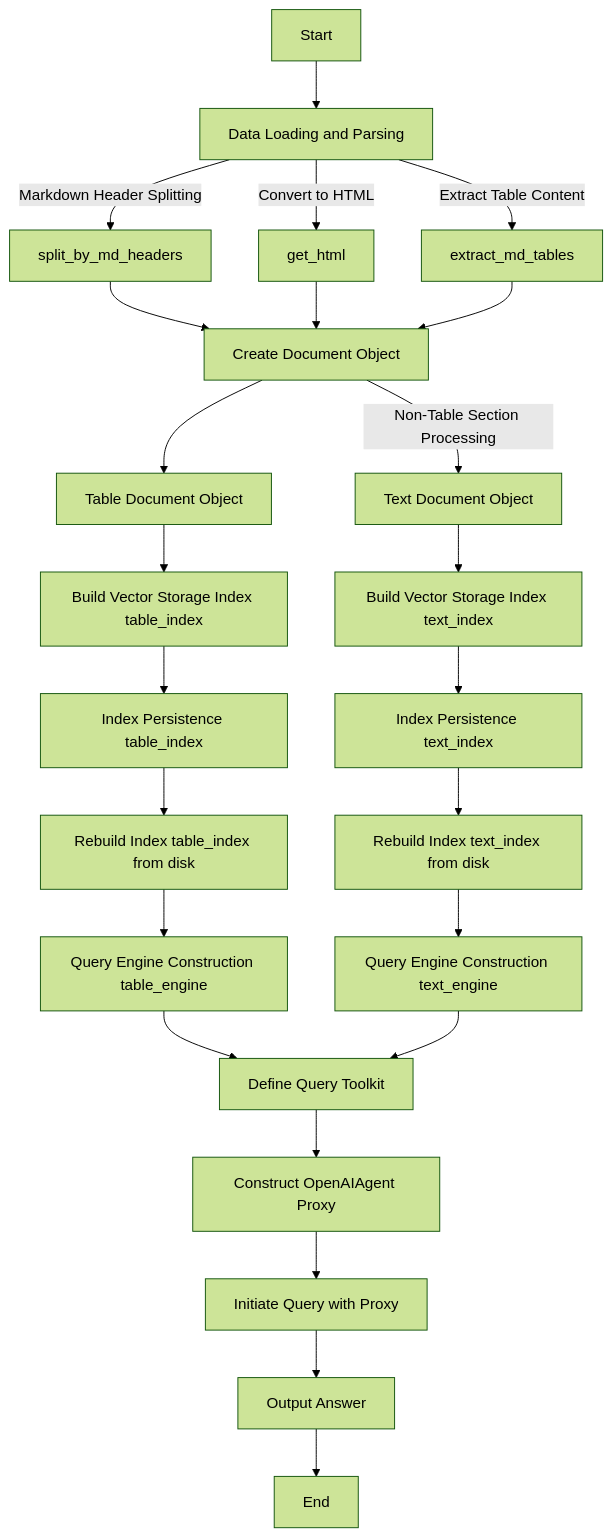
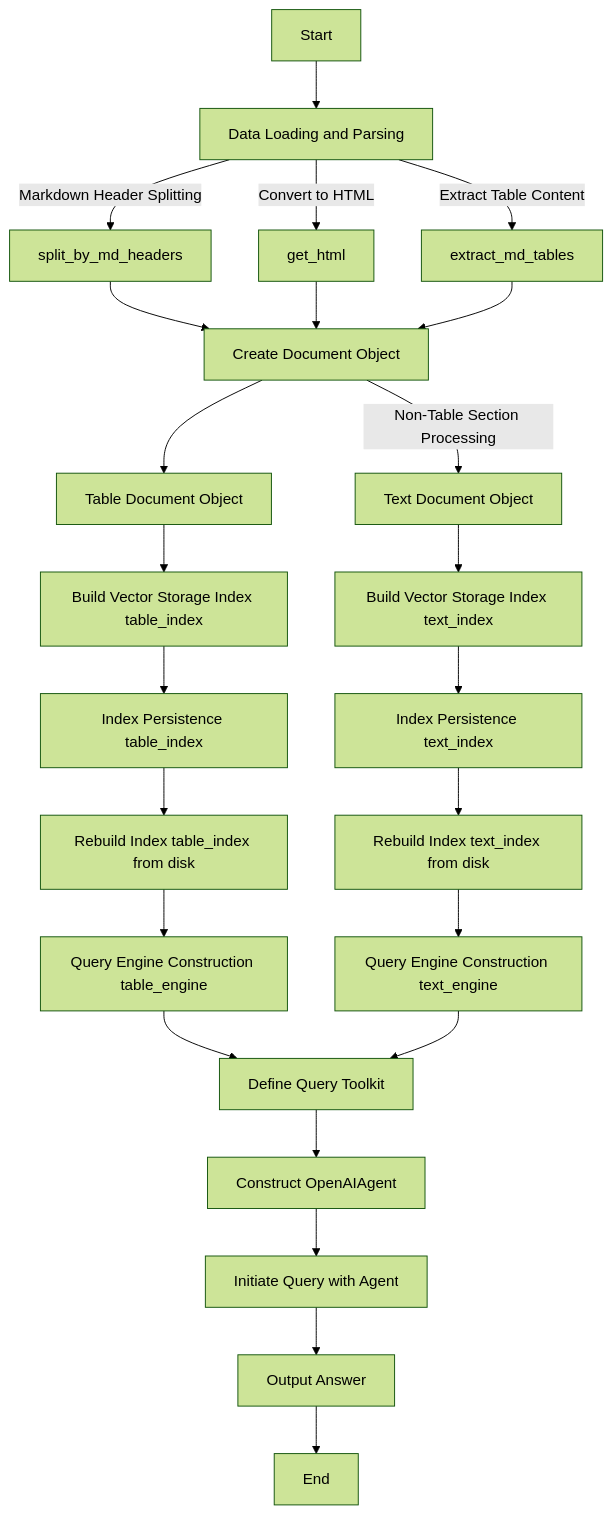
One commit to nn6n/llm-in-containers changed the first of 3 diagrams in rag-retrievers/README.md. Above: the diagram before and after it, drawn with Mermaid (forest theme). The commit also changed other lines of this file, not shown here.

````diff
--- a/rag-retrievers/README.md
+++ b/rag-retrievers/README.md
@@ -19,37 +22,37 @@
 ```mermaid
 flowchart TD
     A[Start] --> B[Data Loading and Parsing]
     B -->|Markdown Header Splitting| C[split_by_md_headers]
     B -->|Convert to HTML| D[get_html]
     B -->|Extract Table Content| E[extract_md_tables]
 
     C --> F[Create Document Object]
     D --> F
     E --> F
 
     F --> G[Table Document Object]
     F -->|Non-Table Section Processing| H[Text Document Object]
 
     G --> I[Build Vector Storage Index table_index]
     H --> J[Build Vector Storage Index text_index]
 
     I --> K[Index Persistence table_index]
     J --> L[Index Persistence text_index]
 
     K --> M[Rebuild Index table_index from disk]
     L --> N[Rebuild Index text_index from disk]
 
     M --> O[Query Engine Construction table_engine]
     N --> P[Query Engine Construction text_engine]
 
     O --> Q[Define Query Toolkit]
     P --> Q
 
-    Q --> R[Construct OpenAIAgent Proxy]
+    Q --> R[Construct OpenAIAgent]
 
-    R --> S[Initiate Query with Proxy]
+    R --> S[Initiate Query with Agent]
     S --> T[Output Answer]
 
     T --> U[End]
 
 ```
````
